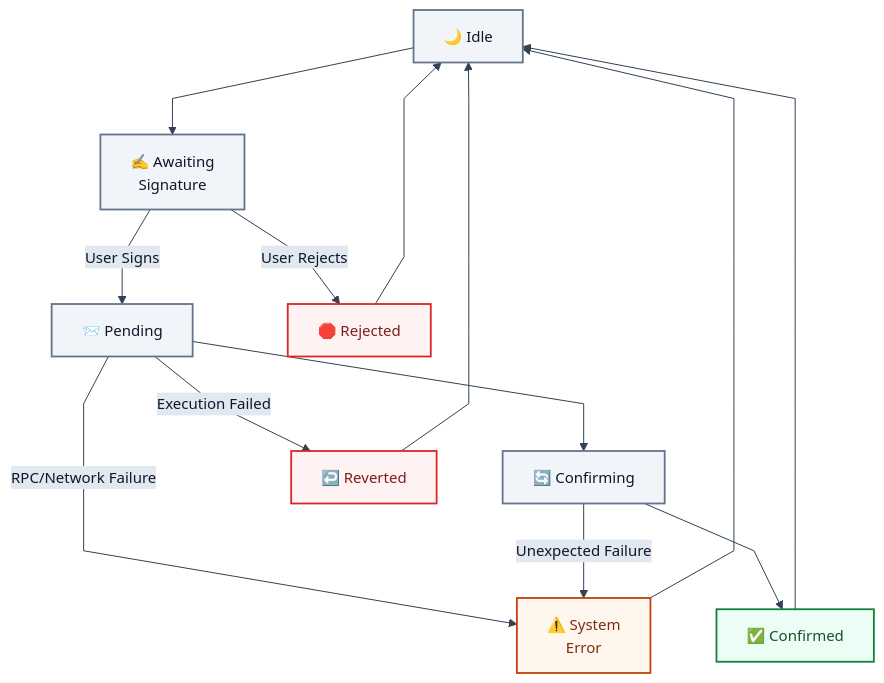
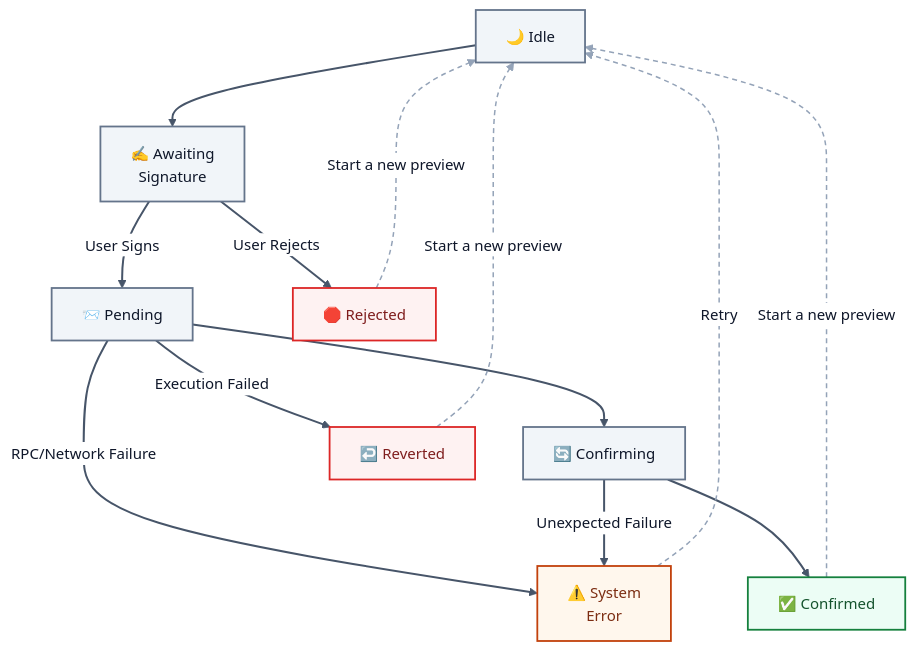
One commit to sunshineluyao/Moss-Mcp-Transaction changed the third of 8 diagrams in README.md. Above: the diagram before and after it, drawn with Mermaid. The commit also changed other lines of this file, not shown here.

Commit message:
docs: improve Mermaid chart clarity and styling

````diff
--- a/README.md
+++ b/README.md
@@ -326,28 +333,30 @@
 ```mermaid
-%%{init: {'theme':'base','flowchart': {'htmlLabels': true, 'nodeSpacing': 56, 'rankSpacing': 72, 'curve': 'linear'},'themeVariables': {'fontFamily':'Trebuchet MS, Segoe UI, sans-serif','fontSize':'15px','primaryColor':'#eef6ff','primaryBorderColor':'#3b82f6','primaryTextColor':'#0f172a','lineColor':'#334155','secondaryColor':'#f8fafc','tertiaryColor':'#f1f5f9','edgeLabelBackground':'#e2e8f0'}}}%%
+%%{init: {'theme':'base','flowchart': {'htmlLabels': true, 'nodeSpacing': 48, 'rankSpacing': 64, 'curve': 'basis'},'themeVariables': {'fontFamily':'Inter, Segoe UI, sans-serif','fontSize':'15px','primaryTextColor':'#0f172a','lineColor':'#475569','clusterBkg':'#f8fafc','clusterBorder':'#cbd5e1','edgeLabelBackground':'#ffffff'}}}%%
 flowchart TB
   Idle["🌙 Idle"] --> Awaiting["✍️ Awaiting<br/>Signature"]
   Awaiting -->|User Signs| Pending["📨 Pending"]
   Awaiting -->|User Rejects| Rejected["🛑 Rejected"]
 
   Pending --> Confirming["🔄 Confirming"]
   Confirming --> Confirmed["✅ Confirmed"]
   Pending -->|Execution Failed| Reverted["↩️ Reverted"]
   Pending -->|RPC/Network Failure| SystemError["⚠️ System<br/>Error"]
   Confirming -->|Unexpected Failure| SystemError
 
-  Rejected --> Idle
-  Reverted --> Idle
-  SystemError --> Idle
-  Confirmed --> Idle
+  Rejected -.->|Start a new preview| Idle
+  Reverted -.->|Start a new preview| Idle
+  SystemError -.->|Retry| Idle
+  Confirmed -.->|Start a new preview| Idle
 
   classDef neutral fill:#f1f5f9,stroke:#64748b,stroke-width:1.8px,color:#0f172a;
   classDef success fill:#ecfdf5,stroke:#15803d,stroke-width:1.8px,color:#14532d;
   classDef danger fill:#fef2f2,stroke:#dc2626,stroke-width:1.8px,color:#7f1d1d;
   classDef warn fill:#fff7ed,stroke:#c2410c,stroke-width:1.8px,color:#7c2d12;
 
   class Idle,Awaiting,Pending,Confirming neutral;
   class Confirmed success;
   class Rejected,Reverted danger;
   class SystemError warn;
+  linkStyle 8,9,10,11 stroke:#94a3b8,stroke-width:1.5px,stroke-dasharray:5 4;
+  linkStyle default stroke-width:2px;
 ```
````
